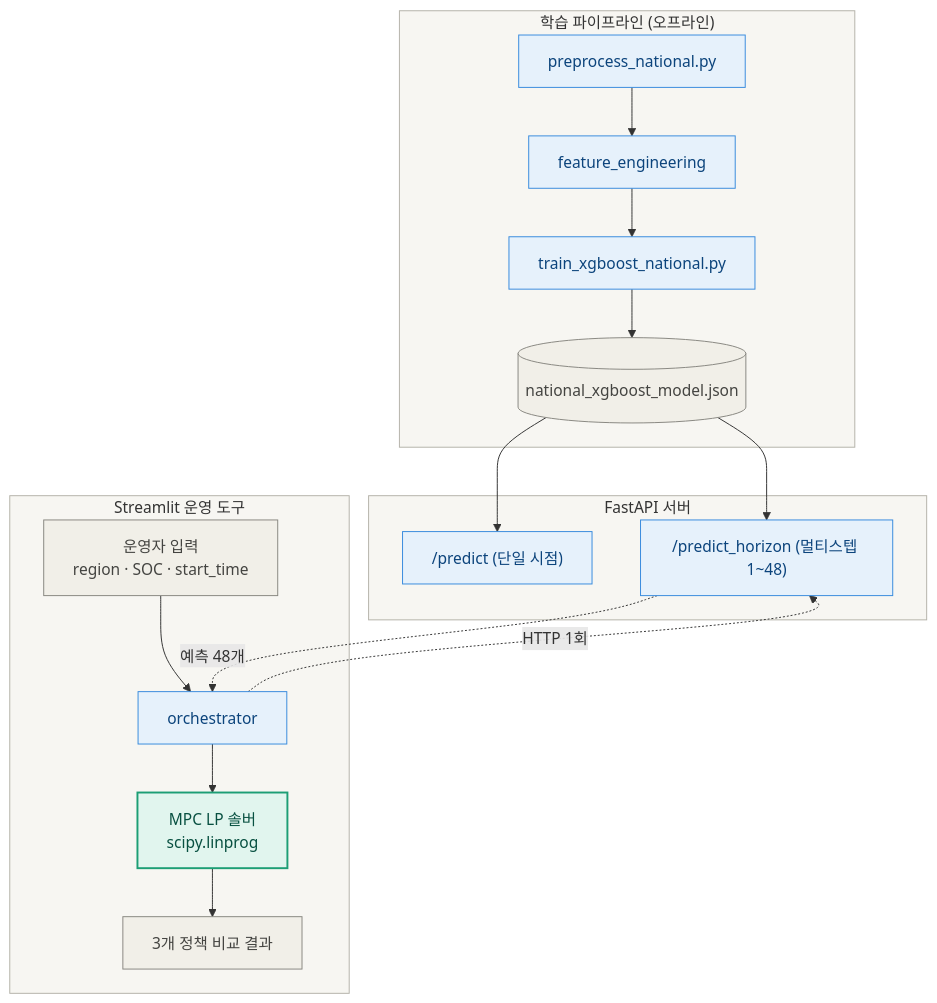
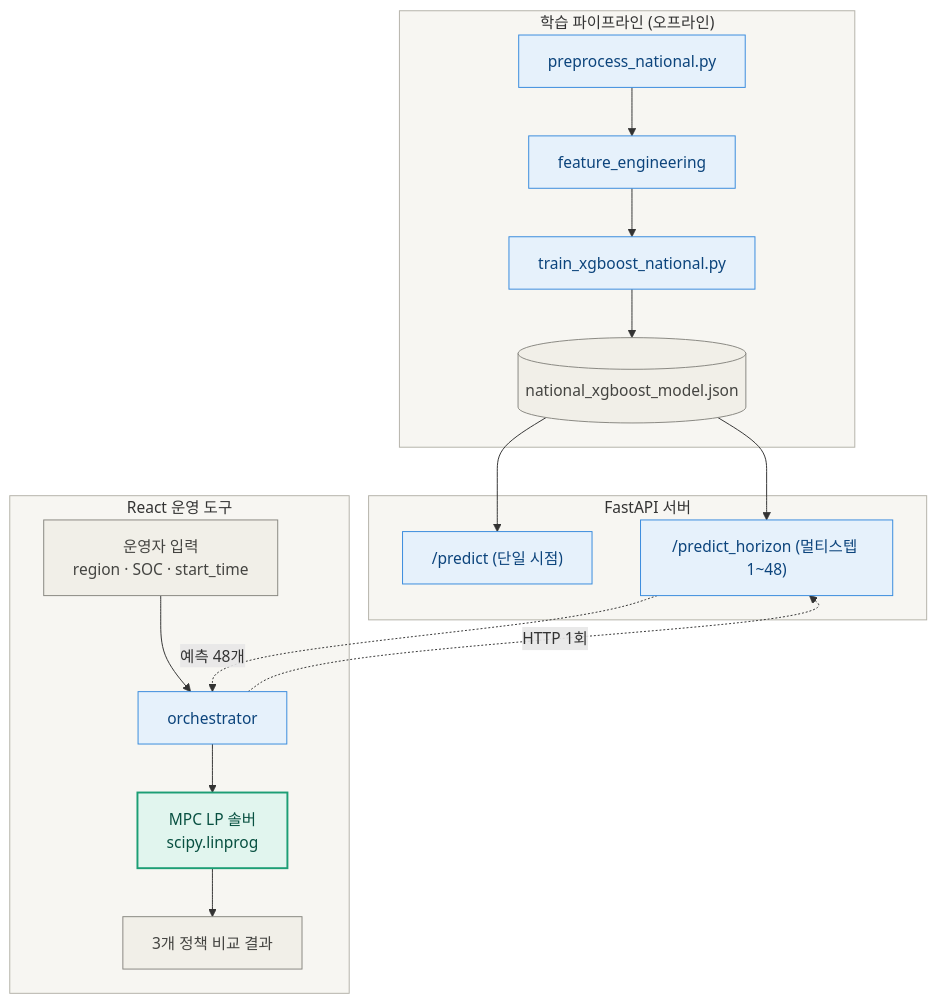
The diagram in README.md (rangedayo/energy-time-series-forecast), drawn with Mermaid before and after one commit. The commit also changed other lines of this file, not shown here.

First line of the commit message:
docs: README 운영 도구 표기 Streamlit → React로 갱신

````diff
--- a/README.md
+++ b/README.md
@@ -83,33 +83,33 @@
 ```mermaid
 flowchart TB
     subgraph TRAIN["학습 파이프라인 (오프라인)"]
         A[preprocess_national.py] --> B[feature_engineering]
         B --> C[train_xgboost_national.py]
         C --> D[(national_xgboost_model.json)]
     end
 
     subgraph API["FastAPI 서버"]
         D --> E["/predict (단일 시점)"]
         D --> F["/predict_horizon (멀티스텝 1~48)"]
     end
 
-    subgraph UI["Streamlit 운영 도구"]
+    subgraph UI["React 운영 도구"]
         G[운영자 입력<br/>region · SOC · start_time] --> H[orchestrator]
         H -. HTTP 1회 .-> F
         F -. 예측 48개 .-> H
         H --> I[MPC LP 솔버<br/>scipy.linprog]
         I --> J[3개 정책 비교 결과]
     end
 
     classDef io fill:#F1EFE8,stroke:#888780,color:#444441
     classDef proc fill:#E6F1FB,stroke:#378ADD,color:#0C447C
     classDef gate fill:#E1F5EE,stroke:#1D9E75,color:#085041,stroke-width:2px
 
     class A,B,C,E,F,H proc
     class D,G,J io
     class I gate
 
     style TRAIN fill:#F7F6F2,stroke:#B4B2A9
     style API fill:#F7F6F2,stroke:#B4B2A9
     style UI fill:#F7F6F2,stroke:#B4B2A9
 ```
````
